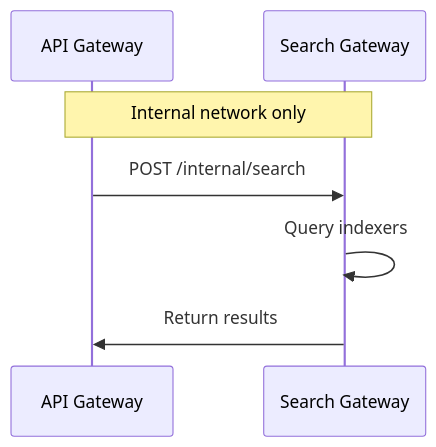
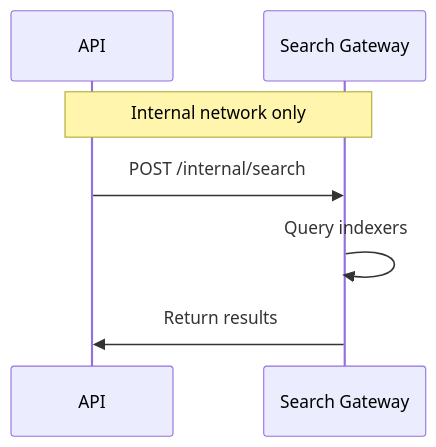
Diagram 11 of 11 in docs/services.md (artumont/dotslashstream), drawn with Mermaid before and after one commit. The commit also changed other lines of this file and 3 other files, not shown here.

Commit message:
docs: change api-gateway refs to instead be api

````diff
--- a/docs/services.md
+++ b/docs/services.md
@@ -478,11 +478,11 @@
 ```mermaid
 sequenceDiagram
-    participant A as API Gateway
+    participant A as API
     participant S as Search Gateway
     
     Note over A,S: Internal network only
     
     A->>S: POST /internal/search
     S->>S: Query indexers
     S->>A: Return results
 ```
````
